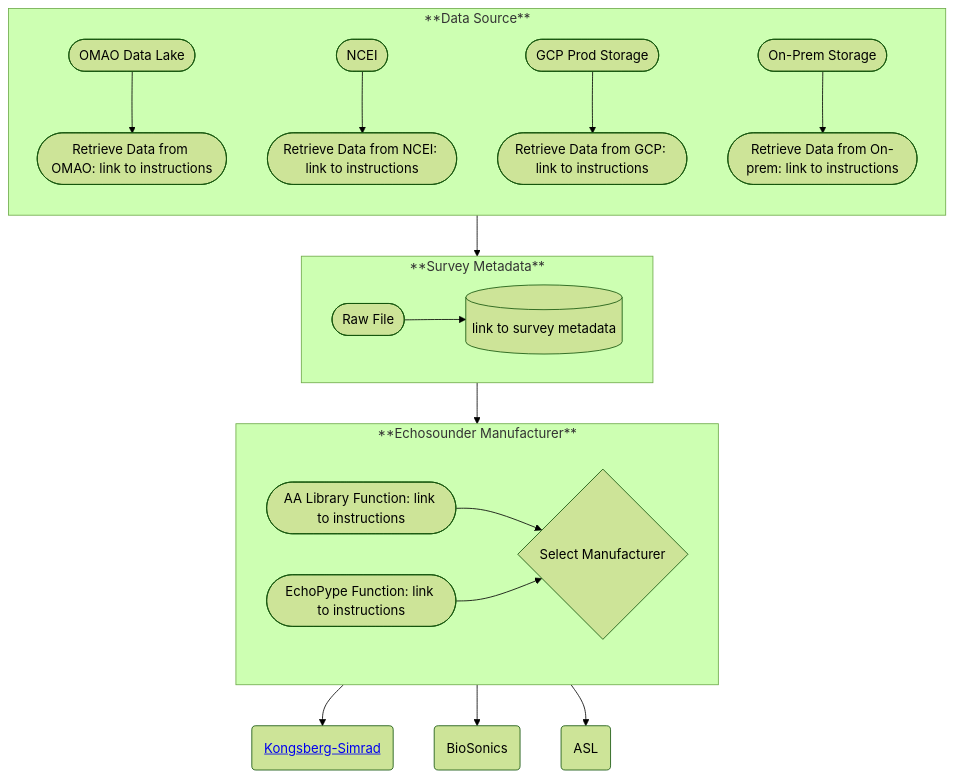
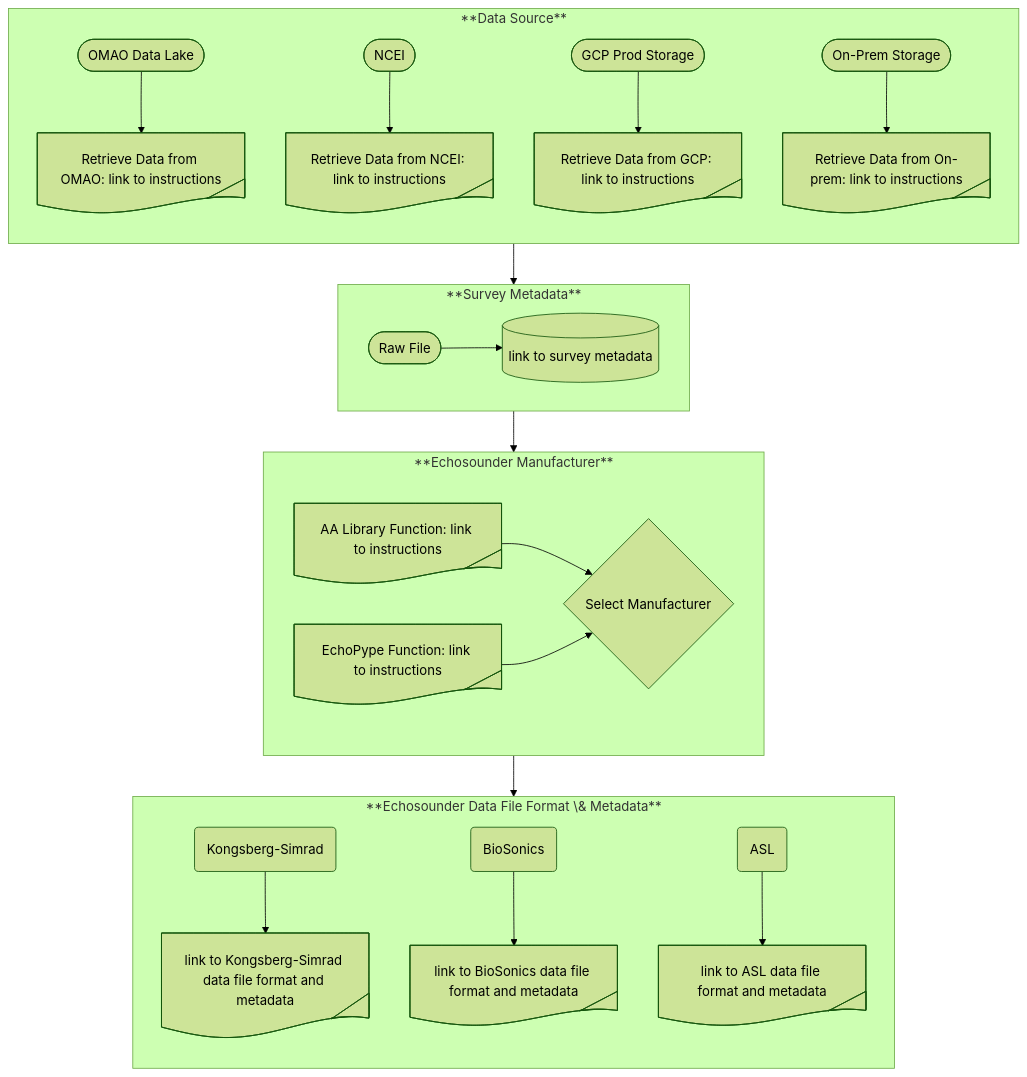
The diagram in README.md (jmjech/schematic_test), drawn with Mermaid (forest theme) before and after one commit.

Commit message:
added echosounder subgraph

````diff
--- a/README.md
+++ b/README.md
@@ -4,24 +4,28 @@
 ```mermaid
 flowchart TB
     subgraph Source["**Data Source**"]
         direction TB
-        idSrcOMAO@{shape: stadium, label: "OMAO Data Lake"} --> idOMAO@{ shape: stadium, label: "Retrieve Data from OMAO: link to instructions" }
-        idSrcNCEI@{shape: stadium, label: "NCEI"} --> idNCEI@{ shape: stadium, label: "Retrieve Data from NCEI: link to instructions" }
-        idSrcGCP@{shape: stadium, label: "GCP Prod Storage"} --> idGCP@{ shape: stadium, label: "Retrieve Data from GCP: link to instructions" }
-        idSrcOP@{shape: stadium, label: "On-Prem Storage"} --> idOP@{ shape: stadium, label: "Retrieve Data from On-prem: link to instructions" }
+        idSrcOMAO@{shape: stadium, label: "OMAO Data Lake"} --> idOMAO@{ shape: tag-doc, label: "Retrieve Data from OMAO: link to instructions" }
+        idSrcNCEI@{shape: stadium, label: "NCEI"} --> idNCEI@{ shape: tag-doc, label: "Retrieve Data from NCEI: link to instructions" }
+        idSrcGCP@{shape: stadium, label: "GCP Prod Storage"} --> idGCP@{ shape: tag-doc, label: "Retrieve Data from GCP: link to instructions" }
+        idSrcOP@{shape: stadium, label: "On-Prem Storage"} --> idOP@{ shape: tag-doc, label: "Retrieve Data from On-prem: link to instructions" }
     end
-    subgraph SurveyMD["**Survey Metadata**"]
+    subgraph SurveyMetaData["**Survey Metadata**"]
         direction LR
         idRF@{ shape: stadium, label: "Raw File" } --> idSMD@{ shape: database, label: "link to survey metadata" }
     end
-    subgraph Manufacturer["**Echosounder Manufacturer**"]
+    subgraph ESManufacturer["**Echosounder Manufacturer**"]
         direction LR
-        idAL1@{shape: stadium, label: "AA Library Function: link to instructions"} --> idMan@{ shape: diamond, label: "Select Manufacturer" }
-        idAL2@{shape: stadium, label: "EchoPype Function: link to instructions"} --> idMan
+        idAL1@{shape: tag-doc, label: "AA Library Function: link to instructions"} --> idMan@{ shape: diamond, label: "Select Manufacturer" }
+        idAL2@{shape: tag-doc, label: "EchoPype Function: link to instructions"} --> idMan
     end
-    Source --> SurveyMD
-    SurveyMD --> Manufacturer
-    Manufacturer --> idKS@{ shape: rounded, label: "<a href='https://github.com/jmjech/schematic_test/blob/main/Kongsberg-Simrad/README.md'>Kongsberg-Simrad</a>" }
-    Manufacturer --> idBS@{ shape: rounded, label: "BioSonics" }
-    Manufacturer --> idASL@{ shape: rounded, label: "ASL" }
+    subgraph ESMetaData["**Echosounder Data File Format \& Metadata**"]
+        direction TB
+        idKS@{ shape: rounded, label: "Kongsberg-Simrad" } --> idKSMD@{ shape: tag-doc, label: "link to Kongsberg-Simrad data file format and metadata" }
+        idBS@{ shape: rounded, label: "BioSonics" } --> idBSMD@{ shape: tag-doc, label: "link to BioSonics data file format and metadata" }
+        idASL@{ shape: rounded, label: "ASL" } --> idASLMD@{ shape: tag-doc, label: "link to ASL data file format and metadata" }
+    end
+    Source --> SurveyMetaData
+    SurveyMetaData --> ESManufacturer
+    ESManufacturer --> ESMetaData
 ```
````
